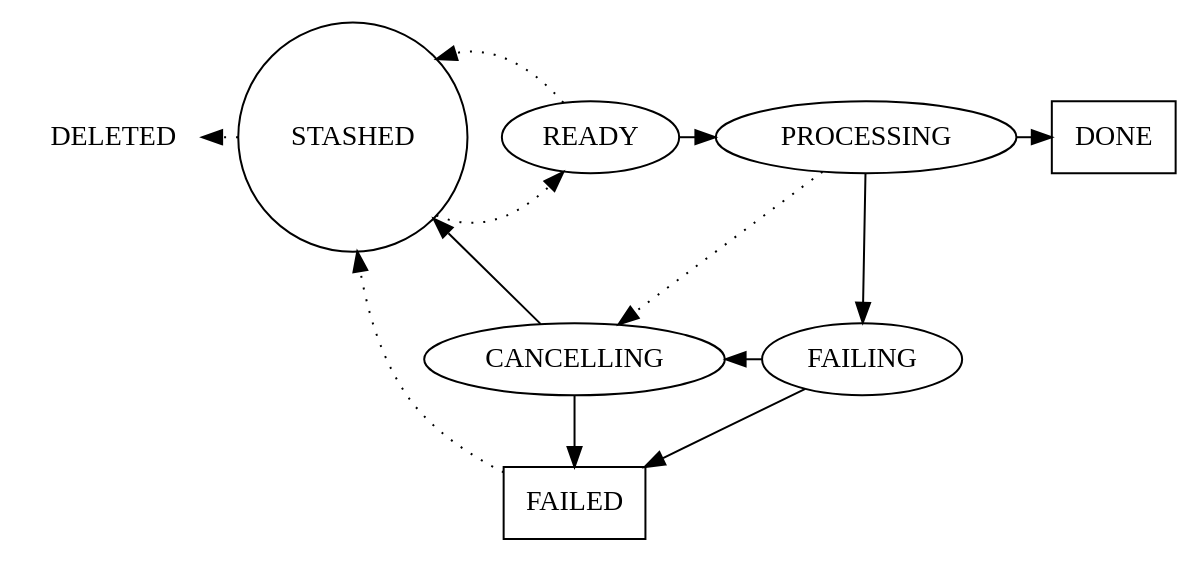
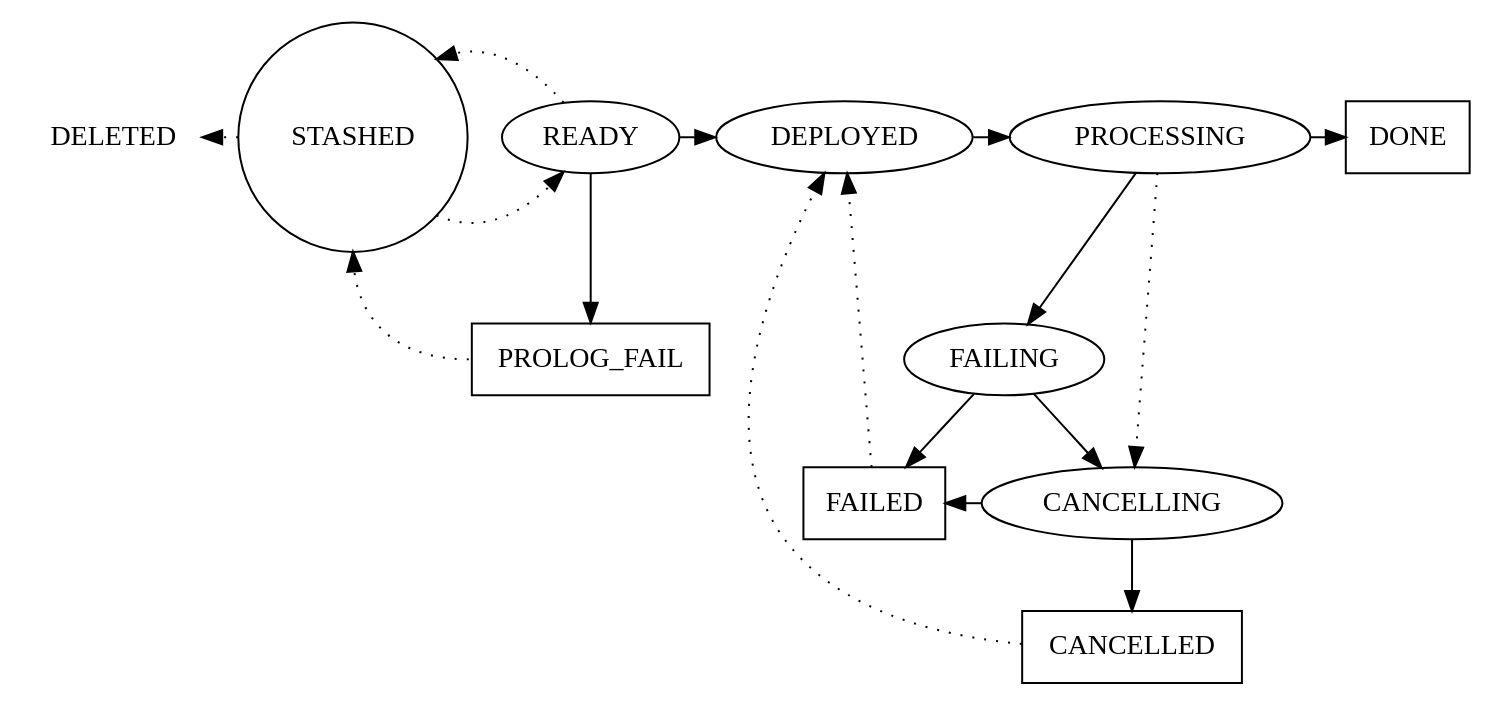
The diagram in brownthrower/doc/manager_cluster_states.dot (ptallada/brownthrower), drawn with Graphviz before and after one commit. The commit also changed 11 other files, not shown here.

```diff
--- a/brownthrower/doc/manager_cluster_states.dot
+++ b/brownthrower/doc/manager_cluster_states.dot
@@ -1,41 +1,52 @@
 digraph cluster_states {
     // Possible job states
-    DELETED    [shape="plaintext"]; // The cluster has been deleted.
-    STASHED    [shape="circle"];    // The cluster is in preparation phase. It is being configured and cannot be executed yet.
-    READY      [shape="ellipse"];   // The cluster has been configured and its dependencies are already set. It will be executed as soon as possible.
-    CANCELLING [shape="ellipse"];   // The user has asked to cancel this cluster.
-    FAILING    [shape="ellipse"];   // The cluster is still being processed and some job has failed.
-    PROCESSING [shape="ellipse"];   // The cluster is being processed.
-    DONE       [shape="box"];       // All the jobs have finished successfully.
-    FAILED     [shape="box"];       // All the jobs have finished successfully and some have failed.
+    DELETED     [shape="plaintext"]; // The cluster has been deleted.
+    STASHED     [shape="circle"];    // The cluster is in preparation phase. It is being configured and cannot be executed yet.
+    READY       [shape="ellipse"];   // The cluster has been configured and its dependencies are already set. It will be executed as soon as possible.
+    DEPLOYED    [shape="ellipse"];   // The prolog has been executed successfully and the job graph has been generated.
+    PROLOG_FAIL [shape="box"];       // The prolog has failed to finish successfully
+    CANCELLING  [shape="ellipse"];   // The user has asked to cancel this cluster.
+    CANCELLED   [shape="box"]        // The cluster has been interrupted. No job has failed.
+    FAILING     [shape="ellipse"];   // The cluster is still being processed and some job has failed.
+    PROCESSING  [shape="ellipse"];   // The cluster is being processed. No job has failed.
+    DONE        [shape="box"];       // All the jobs have finished successfully.
+    FAILED      [shape="box"];       // All the jobs have finished and some have failed.
     
     // Grouping
     { //rank="source";
-        CANCELLING; FAILING; FAILED;
+        CANCELLING; FAILING; FAILED; CANCELLED;
     }
     { rank="same";
-        DELETED; STASHED; READY; PROCESSING; DONE;
+        DELETED; STASHED; READY; DEPLOYED; PROCESSING; DONE;
     }
     
     // Expected flow
-    STASHED         -> READY      [style="dotted"]; // User marks this cluster as ready for execution
-    READY           -> PROCESSING [style="solid"];  // The dispatcher is handling some of the jobs of this cluster 
-    PROCESSING      -> DONE       [style="solid"];  // All the jobs of this cluster have finished successfully
+    STASHED         -> READY       [style="dotted"]; // User marks this cluster as ready for execution
+    READY           -> DEPLOYED    [style="solid"];  // The prolog has been executed successfully.
+    DEPLOYED        -> PROCESSING  [style="solid"];  // The dispatcher is handling some of the jobs of this cluster
+    PROCESSING      -> DONE        [style="solid"];  // All the jobs of this cluster have finished successfully
+    
+    // Cluster fails to run prolog
+    READY           -> PROLOG_FAIL [style="solid"];  // The prolog did not finish successfully.
     
     // The job/runner fails to finish successfully
-    PROCESSING      -> FAILING    [style="solid"];  // A job did not finish successfully
-    FAILING         -> FAILED     [style="solid"];  // All the jobs in the cluster have finished and some failed.
+    PROCESSING      -> FAILING     [style="solid"];  // A job did not finish successfully
+    FAILING         -> FAILED      [style="solid"];  // All the jobs in the cluster have finished and some failed.
     
     // The job has to be cancelled
-    PROCESSING      -> CANCELLING [style="dotted"]; // The user wants this job to be cancelled
-    FAILING         -> CANCELLING [style="solid", constraint="false"]; // The user wants this job to be cancelled
-    CANCELLING      -> FAILED     [style="solid"];  // All jobs have been cancelled, but at least one of them failed.
-    CANCELLING      -> STASHED    [style="solid"];  // The job is successfully cancelled
+    PROCESSING      -> CANCELLING  [style="dotted"]; // The user wants this cluster to be cancelled
+    FAILING         -> CANCELLING  [style="solid"];  // The user wants this cluster to be cancelled
+    CANCELLING      -> FAILED      [style="solid", constraint="false"];  // All jobs have been cancelled, but at least one of them failed.
+    CANCELLING      -> CANCELLED   [style="solid"];  // All jobs have been cancelled and no one failed.
     
-    // Return the job to the stash
-    READY           -> STASHED    [style="dotted"];
-    FAILED          -> STASHED    [style="dotted"];
+    // Return the cluster to the stash
+    READY           -> STASHED     [style="dotted"];
+    PROLOG_FAIL:w   -> STASHED:s   [style="dotted", constraint="false"];
     
-    // Remove the job
-    STASHED         -> DELETED    [style="dotted", constraint="false"];
+    // Retry/resume the cluster
+    FAILED          -> DEPLOYED    [style="dotted"];
+    CANCELLED       -> DEPLOYED    [style="dotted", constraint="false"];
+    
+    // Remove the cluster
+    STASHED         -> DELETED     [style="dotted", constraint="false"];
 }
```
